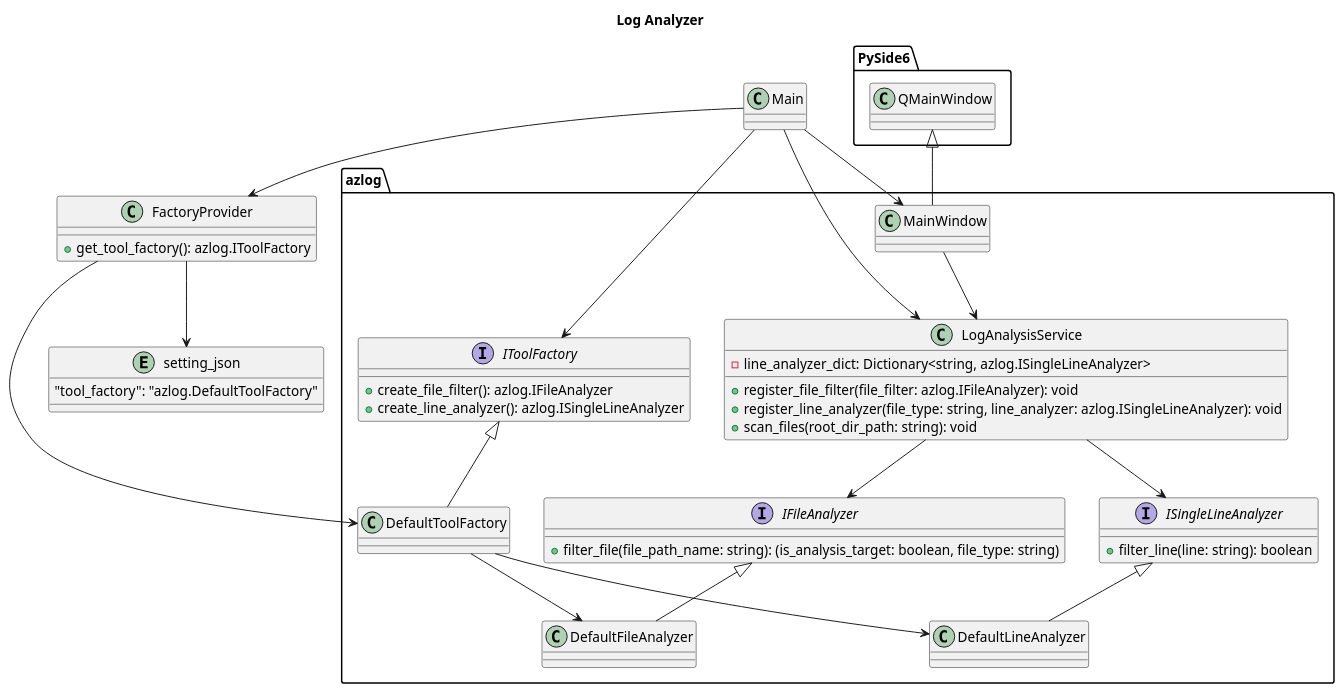
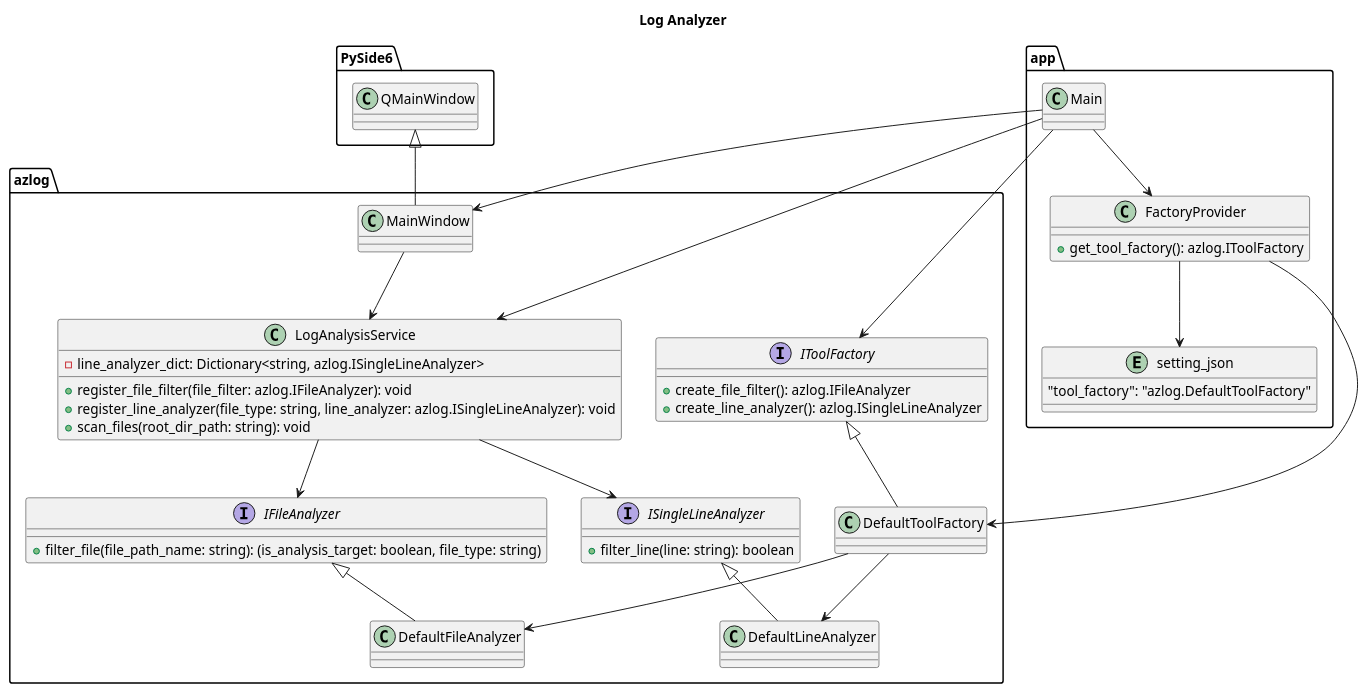
The diagram in doc/log_analyzer.puml (Takayoshi-Matsuyama/log_analyzer), drawn with PlantUML before and after one commit.

Commit message:
Updated - class diagram

```diff
--- a/doc/log_analyzer.puml
+++ b/doc/log_analyzer.puml
@@ -1,89 +1,89 @@
 @startuml log_analyzer
 
 'Copyright 2026 Takayoshi Matsuyama
 '
 'Licensed under the Apache License, Version 2.0 (the "License");
 'you may not use this file except in compliance with the License.
 'You may obtain a copy of the License at
 '
 '    http://www.apache.org/licenses/LICENSE-2.0
 '
 'Unless required by applicable law or agreed to in writing, software
 'distributed under the License is distributed on an "AS IS" BASIS,
 'WITHOUT WARRANTIES OR CONDITIONS OF ANY KIND, either express or implied.
 'See the License for the specific language governing permissions and
 'limitations under the License.
 
 title Log Analyzer
 
 interface azlog.IFileAnalyzer
 {
     +filter_file(file_path_name: string): (is_analysis_target: boolean, file_type: string)
 }
 
 class azlog.DefaultFileAnalyzer {}
 
 azlog.IFileAnalyzer <|-- azlog.DefaultFileAnalyzer
 
 interface azlog.ISingleLineAnalyzer
 {
     +filter_line(line: string): boolean
 }
 
 class azlog.DefaultLineAnalyzer {}
 
 azlog.ISingleLineAnalyzer <|-- azlog.DefaultLineAnalyzer
 
 
 interface azlog.IToolFactory
 {
     +create_file_filter(): azlog.IFileAnalyzer
     +create_line_analyzer(): azlog.ISingleLineAnalyzer
 }
 
 class azlog.DefaultToolFactory {}
 
 azlog.IToolFactory <|-- azlog.DefaultToolFactory
 
 azlog.DefaultToolFactory --> azlog.DefaultFileAnalyzer
 azlog.DefaultToolFactory --> azlog.DefaultLineAnalyzer
 
 class azlog.LogAnalysisService
 {
     -line_analyzer_dict: Dictionary<string, azlog.ISingleLineAnalyzer>
     +register_file_filter(file_filter: azlog.IFileAnalyzer): void
     +register_line_analyzer(file_type: string, line_analyzer: azlog.ISingleLineAnalyzer): void
     +scan_files(root_dir_path: string): void
 }
 
 azlog.LogAnalysisService --> azlog.IFileAnalyzer
 azlog.LogAnalysisService --> azlog.ISingleLineAnalyzer
 
 class PySide6.QMainWindow {}
 
 class azlog.MainWindow {}
 
 PySide6.QMainWindow <|-- azlog.MainWindow
 
-entity setting_json
+entity app.setting_json
 {
     "tool_factory": "azlog.DefaultToolFactory"
 }
 
-class FactoryProvider
+class app.FactoryProvider
  {
     +get_tool_factory(): azlog.IToolFactory
 }
 
-FactoryProvider --> setting_json
-FactoryProvider --> azlog.DefaultToolFactory
+app.FactoryProvider --> app.setting_json
+app.FactoryProvider --> azlog.DefaultToolFactory
 
-class Main {}
+class app.Main {}
 
-Main --> FactoryProvider
-Main --> azlog.IToolFactory
-Main --> azlog.LogAnalysisService
-Main --> azlog.MainWindow
+app.Main --> app.FactoryProvider
+app.Main --> azlog.IToolFactory
+app.Main --> azlog.LogAnalysisService
+app.Main --> azlog.MainWindow
 azlog.MainWindow --> azlog.LogAnalysisService
 
 @enduml
```
